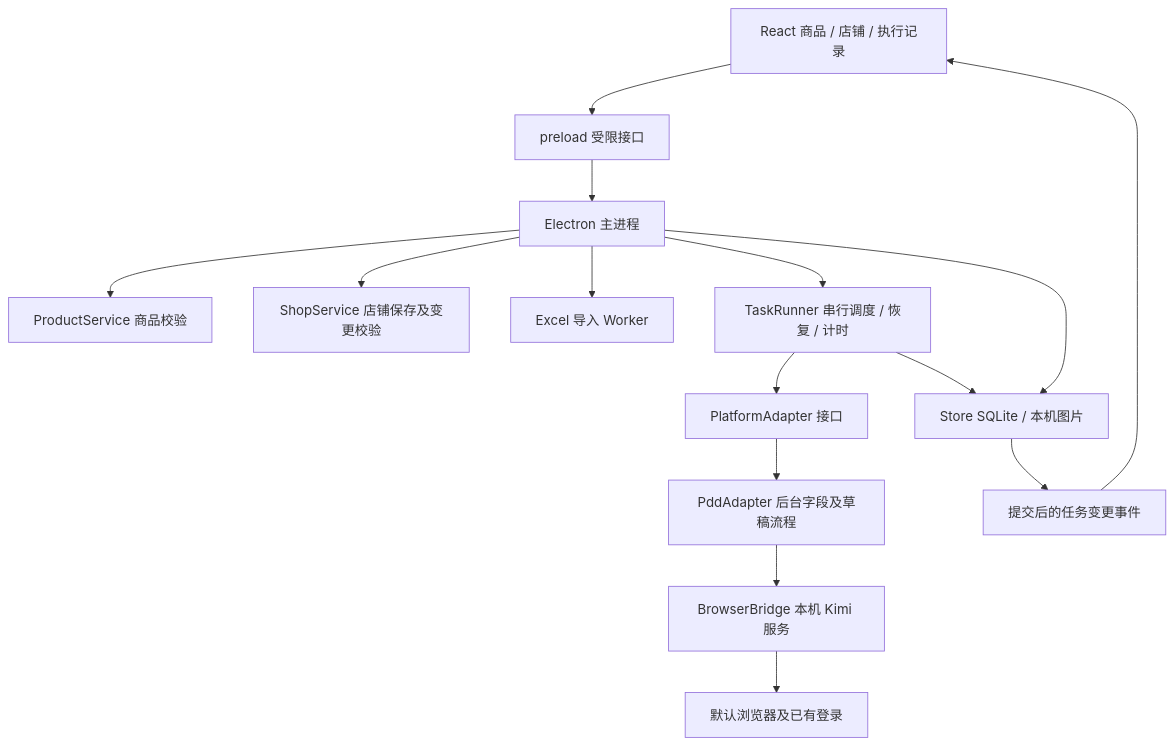
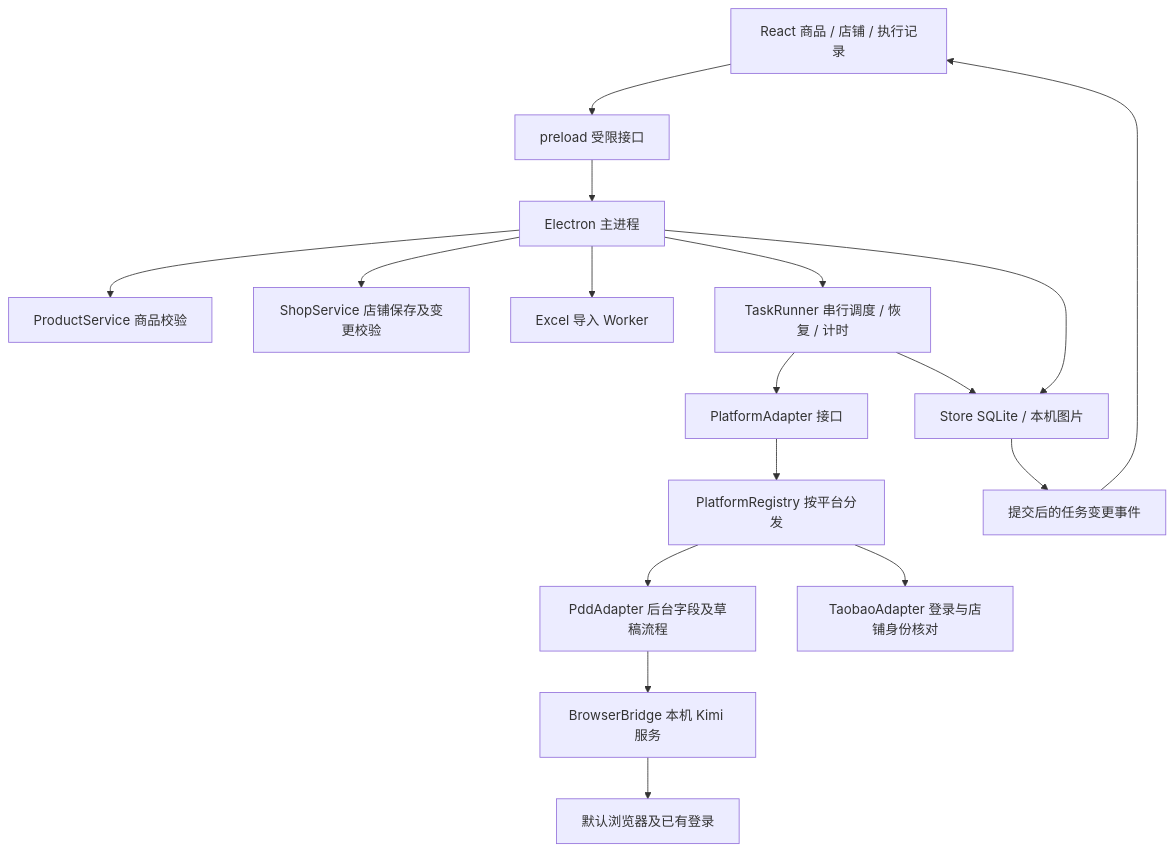
The diagram in 项目文档/02技术选型与架构.md (XXm222/pdd-batch-listing), drawn with Mermaid before and after one commit. The commit also changed other lines of this file and 73 other files, not shown here.

````diff
--- a/项目文档/02技术选型与架构.md
+++ b/项目文档/02技术选型与架构.md
@@ -26,17 +26,19 @@
 ```mermaid
 flowchart TD
   UI[React 商品 / 店铺 / 执行记录] --> PRE[preload 受限接口]
   PRE --> MAIN[Electron 主进程]
   MAIN --> PRODUCT[ProductService 商品校验]
   MAIN --> SHOP[ShopService 店铺保存及变更校验]
   MAIN --> WORKER[Excel 导入 Worker]
   MAIN --> RUNNER[TaskRunner 串行调度 / 恢复 / 计时]
   RUNNER --> ADAPTER[PlatformAdapter 接口]
-  ADAPTER --> PDD[PddAdapter 后台字段及草稿流程]
+  ADAPTER --> REG[PlatformRegistry 按平台分发]
+  REG --> PDD[PddAdapter 后台字段及草稿流程]
+  REG --> TB[TaobaoAdapter 登录与店铺身份核对]
   PDD --> BRIDGE[BrowserBridge 本机 Kimi 服务]
   BRIDGE --> CHROME[默认浏览器及已有登录]
   MAIN --> DB[Store SQLite / 本机图片]
   RUNNER --> DB
   DB --> EVENT[提交后的任务变更事件]
   EVENT --> UI
 ```
````
